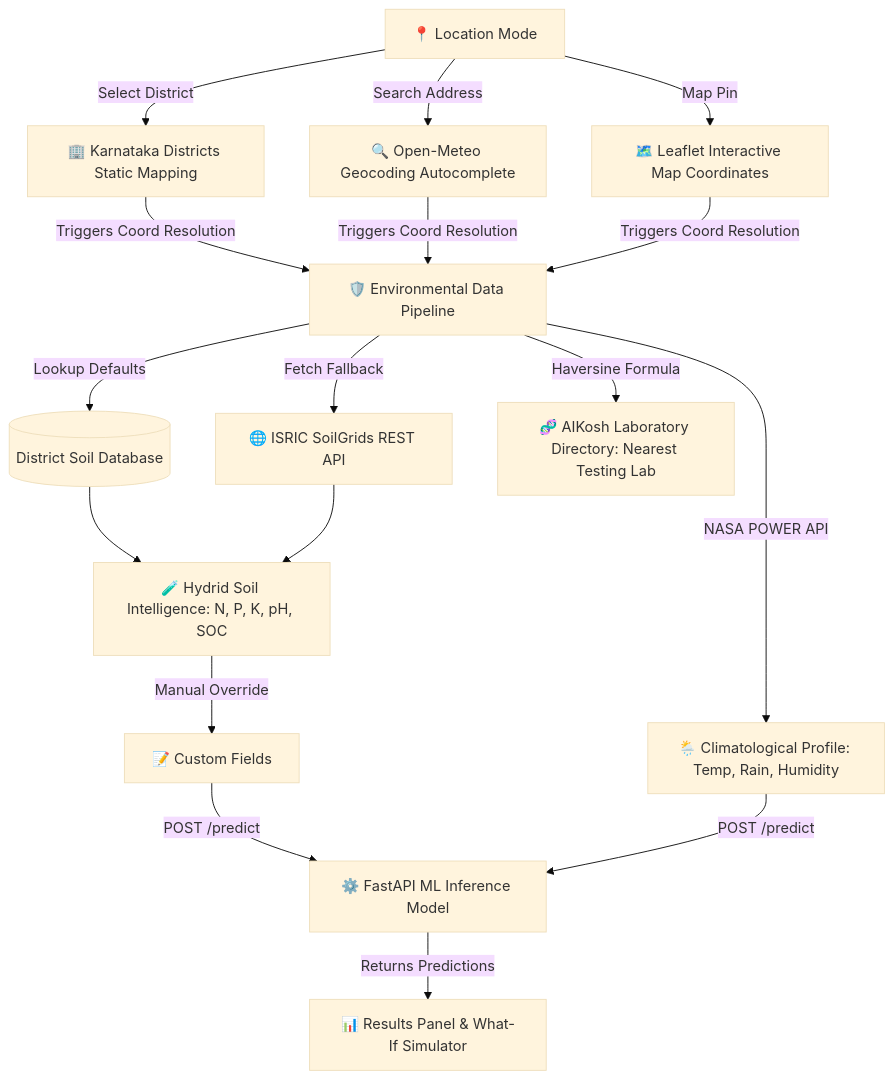
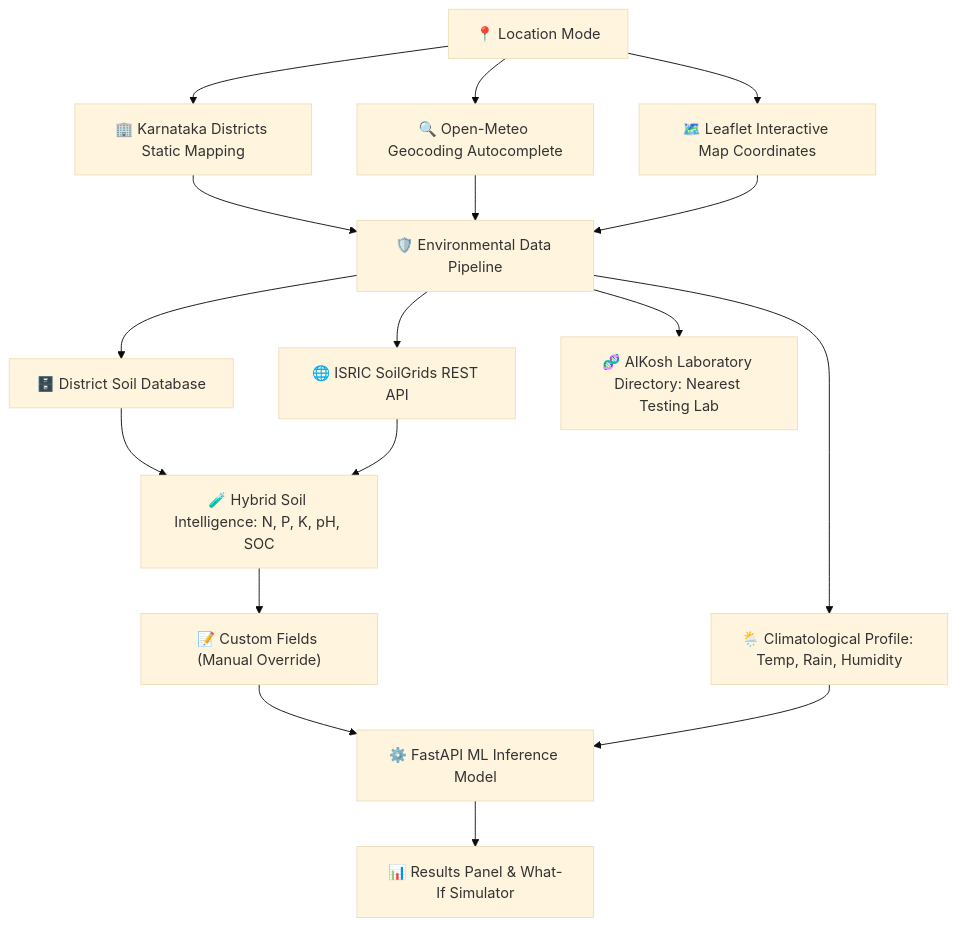
The diagram in README.md (sidducs/CarbonIntel), drawn with Mermaid (base theme) before and after one commit.

Commit message:
fix: resolve GitHub Mermaid diagram rendering issues

````diff
--- a/README.md
+++ b/README.md
@@ -16,26 +16,30 @@
 ```mermaid
 graph TD
     %% Location Inputs
-    A[📍 Location Mode] -->|Select District| B[🏢 Karnataka Districts Static Mapping]
-    A -->|Search Address| C[🔍 Open-Meteo Geocoding Autocomplete]
-    A -->|Map Pin| D[🗺️ Leaflet Interactive Map Coordinates]
+    A["📍 Location Mode"] --> B["🏢 Karnataka Districts Static Mapping"]
+    A --> C["🔍 Open-Meteo Geocoding Autocomplete"]
+    A --> D["🗺️ Leaflet Interactive Map Coordinates"]
 
     %% Data Fetching Orchestration
-    B & C & D -->|Triggers Coord Resolution| E[🛡️ Environmental Data Pipeline]
+    B --> E["🛡️ Environmental Data Pipeline"]
+    C --> E
+    D --> E
     
     %% Weather & Soil Services
-    E -->|NASA POWER API| F[🌦️ Climatological Profile: Temp, Rain, Humidity]
+    E --> F["🌦️ Climatological Profile: Temp, Rain, Humidity"]
     
     %% Hybrid Soil Intelligence
-    E -->|Lookup Defaults| G1[(District Soil Database)]
-    E -->|Fetch Fallback| G2[🌐 ISRIC SoilGrids REST API]
-    G1 & G2 --> H[🧪 Hydrid Soil Intelligence: N, P, K, pH, SOC]
-    H -->|Manual Override| I[📝 Custom Fields]
+    E --> G1["🗄️ District Soil Database"]
+    E --> G2["🌐 ISRIC SoilGrids REST API"]
+    G1 --> H["🧪 Hybrid Soil Intelligence: N, P, K, pH, SOC"]
+    G2 --> H
+    H --> I["📝 Custom Fields (Manual Override)"]
     
     %% AIKosh Lab Directory
-    E -->|Haversine Formula| J[🧬 AIKosh Laboratory Directory: Nearest Testing Lab]
+    E --> J["🧬 AIKosh Laboratory Directory: Nearest Testing Lab"]
 
     %% ML Engine & Outputs
-    I & F -->|POST /predict| K[⚙️ FastAPI ML Inference Model]
-    K -->|Returns Predictions| L[📊 Results Panel & What-If Simulator]
+    I --> K["⚙️ FastAPI ML Inference Model"]
+    F --> K
+    K --> L["📊 Results Panel & What-If Simulator"]
 ```
````
